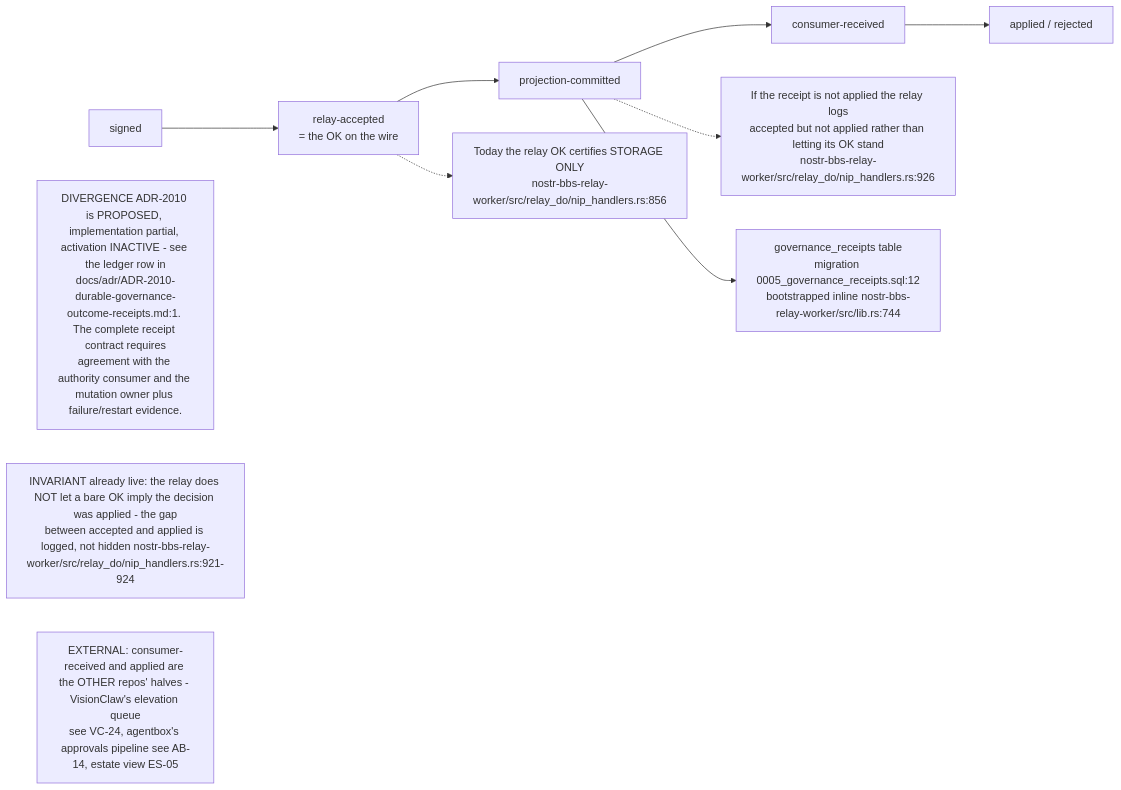
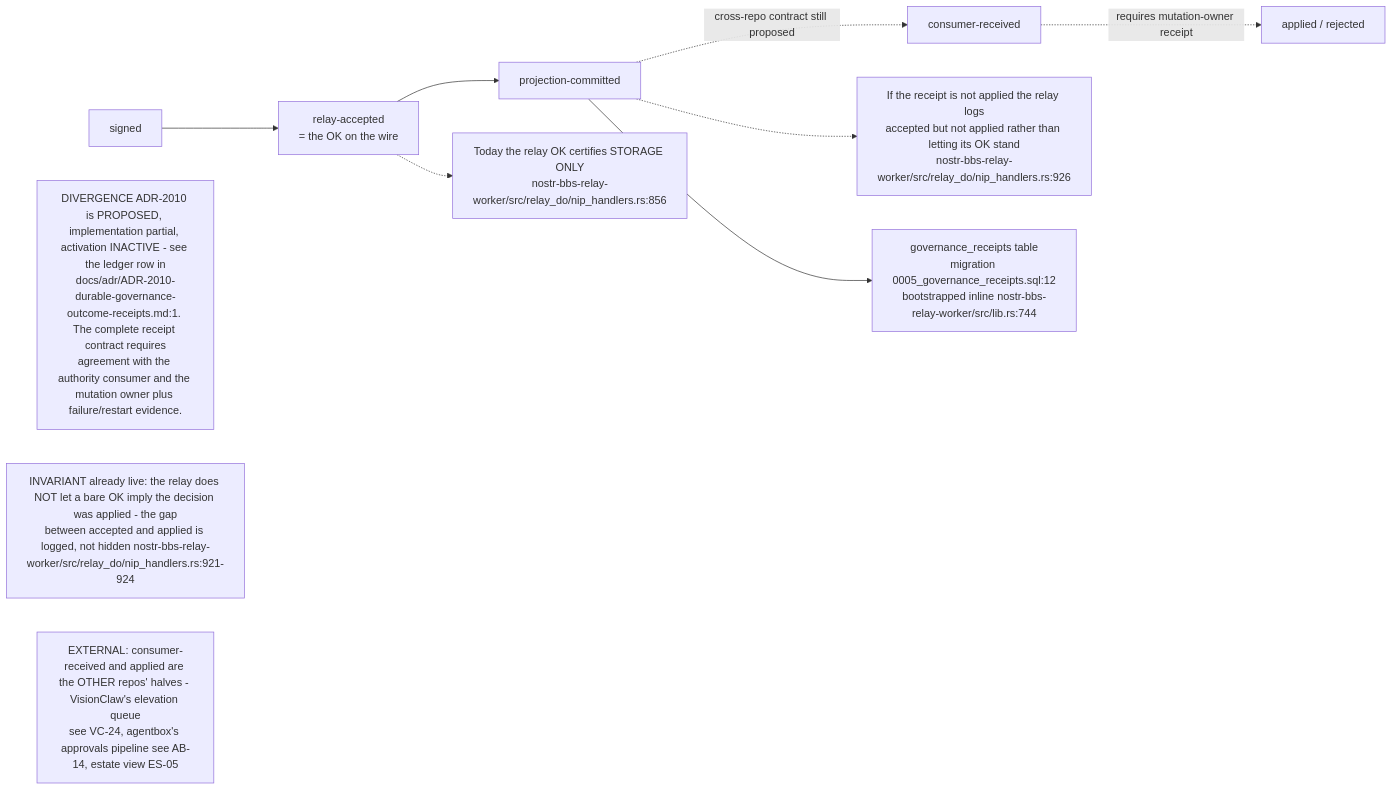
Before and after one commit to DreamLab-AI/VisionFlow: the seventh of 11 diagrams in docs/diagrams/nostr-rust-forum/06-agent-control-surface-31400-31405.md, drawn with Mermaid. The commit also changed other lines of this file and 185 other files, not shown here.

Commit message:
docs(estate): reconcile diagrams and ADRs with source and define closeout sprint

````diff
--- a/docs/diagrams/nostr-rust-forum/06-agent-control-surface-31400-31405.md
+++ b/docs/diagrams/nostr-rust-forum/06-agent-control-surface-31400-31405.md
@@ -194,19 +195,19 @@
 ```mermaid
 flowchart LR
     SIGNED["signed"] --> ACCEPTED["relay-accepted<br/>= the OK on the wire"]
     ACCEPTED --> PROJ["projection-committed"]
-    PROJ --> RECV["consumer-received"]
-    RECV --> APPLIED["applied / rejected"]
+    PROJ -. "cross-repo contract still proposed" .-> RECV["consumer-received"]
+    RECV -. "requires mutation-owner receipt" .-> APPLIED["applied / rejected"]
 
     OKNOW["Today the relay OK certifies STORAGE ONLY<br/>nostr-bbs-relay-worker/src/relay_do/nip_handlers.rs:856"]
     WARN["If the receipt is not applied the relay logs<br/>accepted but not applied rather than letting its OK stand<br/>nostr-bbs-relay-worker/src/relay_do/nip_handlers.rs:926"]
     TABLE["governance_receipts table<br/>migration 0005_governance_receipts.sql:12<br/>bootstrapped inline nostr-bbs-relay-worker/src/lib.rs:744"]
 
     ACCEPTED -.-> OKNOW
     PROJ -.-> WARN
     PROJ --> TABLE
 
     N1["DIVERGENCE ADR-2010 is PROPOSED, implementation partial, activation INACTIVE - see the ledger row in<br/>docs/adr/ADR-2010-durable-governance-outcome-receipts.md:1. The complete receipt contract requires<br/>agreement with the authority consumer and the mutation owner plus failure/restart evidence."]
     N2["INVARIANT already live: the relay does NOT let a bare OK imply the decision was applied - the gap<br/>between accepted and applied is logged, not hidden nostr-bbs-relay-worker/src/relay_do/nip_handlers.rs:921-924"]
     N3["EXTERNAL: consumer-received and applied are the OTHER repos' halves - VisionClaw's elevation queue<br/>see VC-24, agentbox's approvals pipeline see AB-14, estate view ES-05"]
 ```
````
